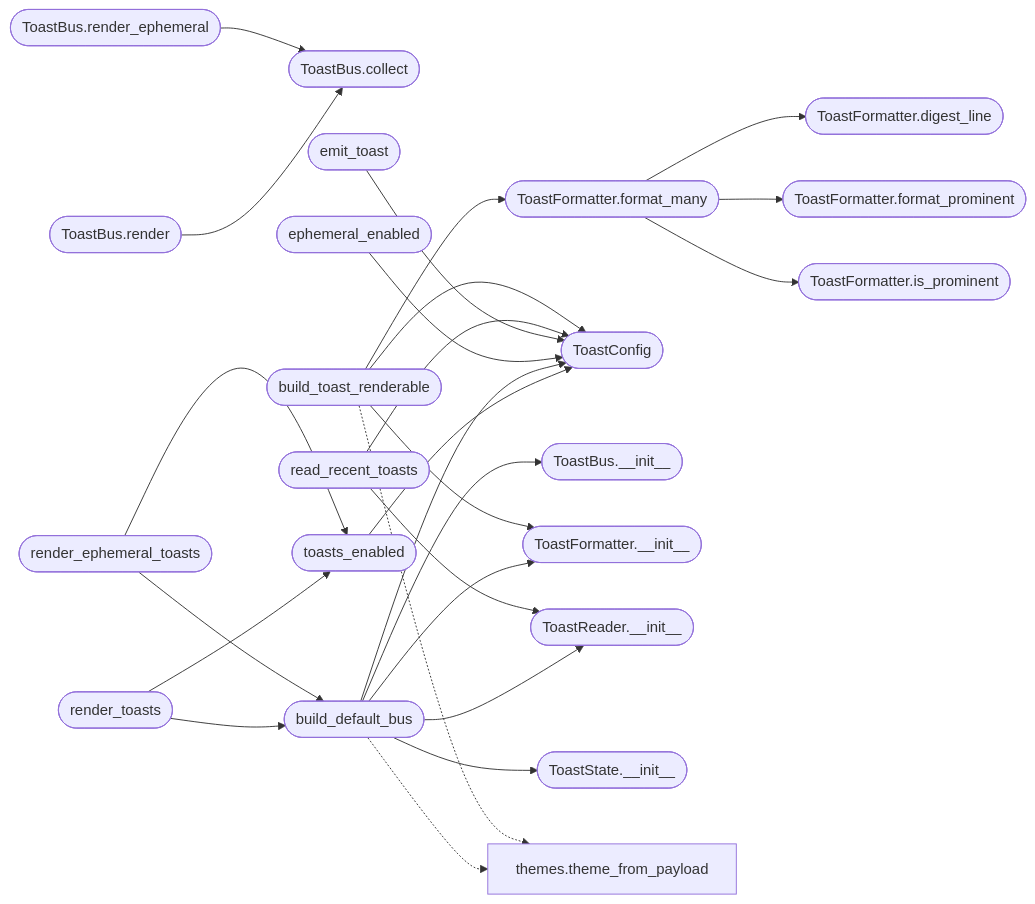
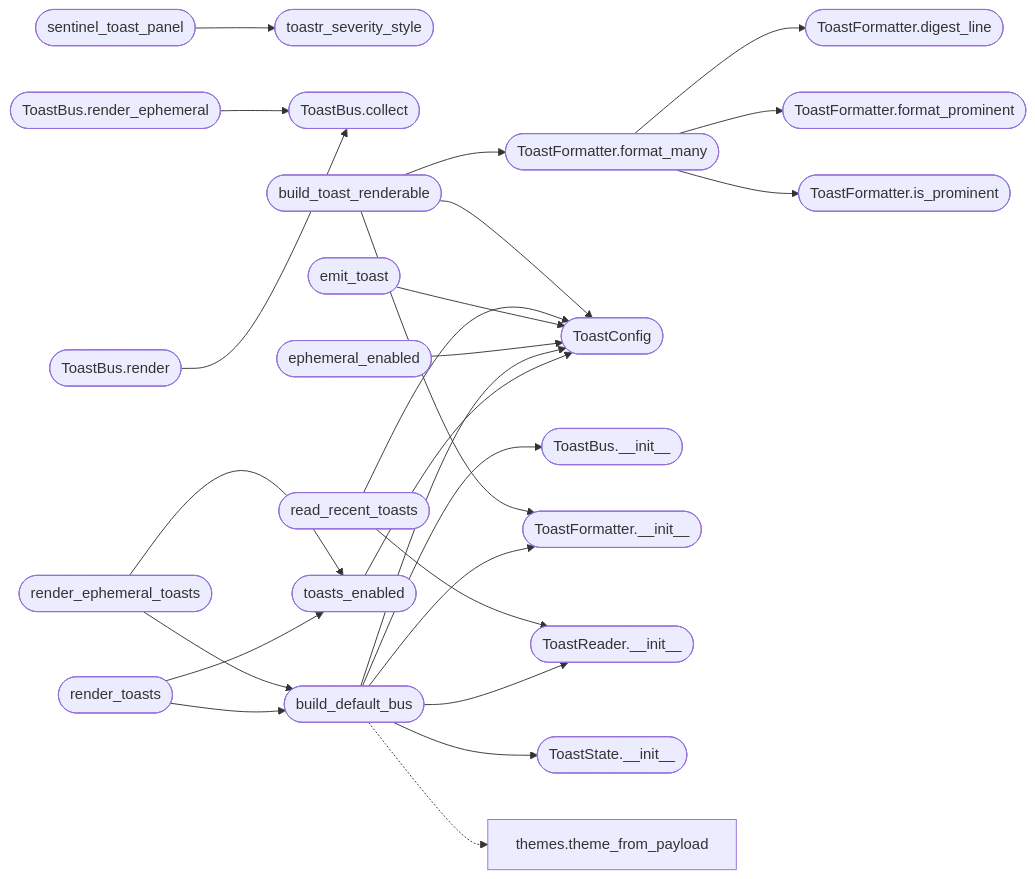
The second of 2 diagrams in readmenator-apidocs/modules/cli.toast_bus.py.md (grisuno/LazyOwn), drawn with Mermaid before and after one commit. The commit also changed other lines of this file and 378 other files, not shown here.

````diff
--- a/readmenator-apidocs/modules/cli.toast_bus.py.md
+++ b/readmenator-apidocs/modules/cli.toast_bus.py.md
@@ -101,48 +111,50 @@
 ```mermaid
 flowchart LR
+    n_cli_toast_bus_py__sentinel_toast_panel(["sentinel_toast_panel"])
+    n_cli_toast_bus_py__toastr_severity_style(["toastr_severity_style"])
     n_cli_toast_bus_py__ToastFormatter_format_many(["ToastFormatter.format_many"])
     n_cli_toast_bus_py__ToastFormatter_digest_line(["ToastFormatter.digest_line"])
     n_cli_toast_bus_py__ToastFormatter_format_prominent(["ToastFormatter.format_prominent"])
     n_cli_toast_bus_py__ToastFormatter_is_prominent(["ToastFormatter.is_prominent"])
     n_cli_toast_bus_py__ToastBus_render(["ToastBus.render"])
     n_cli_toast_bus_py__ToastBus_collect(["ToastBus.collect"])
     n_cli_toast_bus_py__ToastBus_render_ephemeral(["ToastBus.render_ephemeral"])
     n_cli_toast_bus_py__toasts_enabled(["toasts_enabled"])
     n_cli_toast_bus_py__ToastConfig(["ToastConfig"])
     n_cli_toast_bus_py__build_default_bus(["build_default_bus"])
     n_cli_toast_bus_py__ToastBus___init__(["ToastBus.__init__"])
     n_cli_toast_bus_py__ToastFormatter___init__(["ToastFormatter.__init__"])
     n_cli_toast_bus_py__ToastReader___init__(["ToastReader.__init__"])
     n_cli_toast_bus_py__ToastState___init__(["ToastState.__init__"])
     n_cli_toast_bus_py__render_toasts(["render_toasts"])
     n_cli_toast_bus_py__ephemeral_enabled(["ephemeral_enabled"])
     n_cli_toast_bus_py__render_ephemeral_toasts(["render_ephemeral_toasts"])
     n_cli_toast_bus_py__emit_toast(["emit_toast"])
     n_cli_toast_bus_py__read_recent_toasts(["read_recent_toasts"])
     n_cli_toast_bus_py__build_toast_renderable(["build_toast_renderable"])
     n_cli_themes_py__theme_from_payload["themes.theme_from_payload"]
+    n_cli_toast_bus_py__sentinel_toast_panel --> n_cli_toast_bus_py__toastr_severity_style
     n_cli_toast_bus_py__ToastFormatter_format_many --> n_cli_toast_bus_py__ToastFormatter_digest_line
     n_cli_toast_bus_py__ToastFormatter_format_many --> n_cli_toast_bus_py__ToastFormatter_format_prominent
     n_cli_toast_bus_py__ToastFormatter_format_many --> n_cli_toast_bus_py__ToastFormatter_is_prominent
     n_cli_toast_bus_py__ToastBus_render --> n_cli_toast_bus_py__ToastBus_collect
     n_cli_toast_bus_py__ToastBus_render_ephemeral --> n_cli_toast_bus_py__ToastBus_collect
     n_cli_toast_bus_py__toasts_enabled --> n_cli_toast_bus_py__ToastConfig
     n_cli_toast_bus_py__build_default_bus --> n_cli_toast_bus_py__ToastBus___init__
     n_cli_toast_bus_py__build_default_bus --> n_cli_toast_bus_py__ToastConfig
     n_cli_toast_bus_py__build_default_bus --> n_cli_toast_bus_py__ToastFormatter___init__
     n_cli_toast_bus_py__build_default_bus --> n_cli_toast_bus_py__ToastReader___init__
     n_cli_toast_bus_py__build_default_bus --> n_cli_toast_bus_py__ToastState___init__
     n_cli_toast_bus_py__render_toasts --> n_cli_toast_bus_py__build_default_bus
     n_cli_toast_bus_py__render_toasts --> n_cli_toast_bus_py__toasts_enabled
     n_cli_toast_bus_py__ephemeral_enabled --> n_cli_toast_bus_py__ToastConfig
     n_cli_toast_bus_py__render_ephemeral_toasts --> n_cli_toast_bus_py__build_default_bus
     n_cli_toast_bus_py__render_ephemeral_toasts --> n_cli_toast_bus_py__toasts_enabled
     n_cli_toast_bus_py__emit_toast --> n_cli_toast_bus_py__ToastConfig
     n_cli_toast_bus_py__read_recent_toasts --> n_cli_toast_bus_py__ToastConfig
     n_cli_toast_bus_py__read_recent_toasts --> n_cli_toast_bus_py__ToastReader___init__
     n_cli_toast_bus_py__build_toast_renderable --> n_cli_toast_bus_py__ToastConfig
     n_cli_toast_bus_py__build_toast_renderable --> n_cli_toast_bus_py__ToastFormatter___init__
     n_cli_toast_bus_py__build_toast_renderable --> n_cli_toast_bus_py__ToastFormatter_format_many
     n_cli_toast_bus_py__build_default_bus -.-> n_cli_themes_py__theme_from_payload
-    n_cli_toast_bus_py__build_toast_renderable -.-> n_cli_themes_py__theme_from_payload
 ```
````
